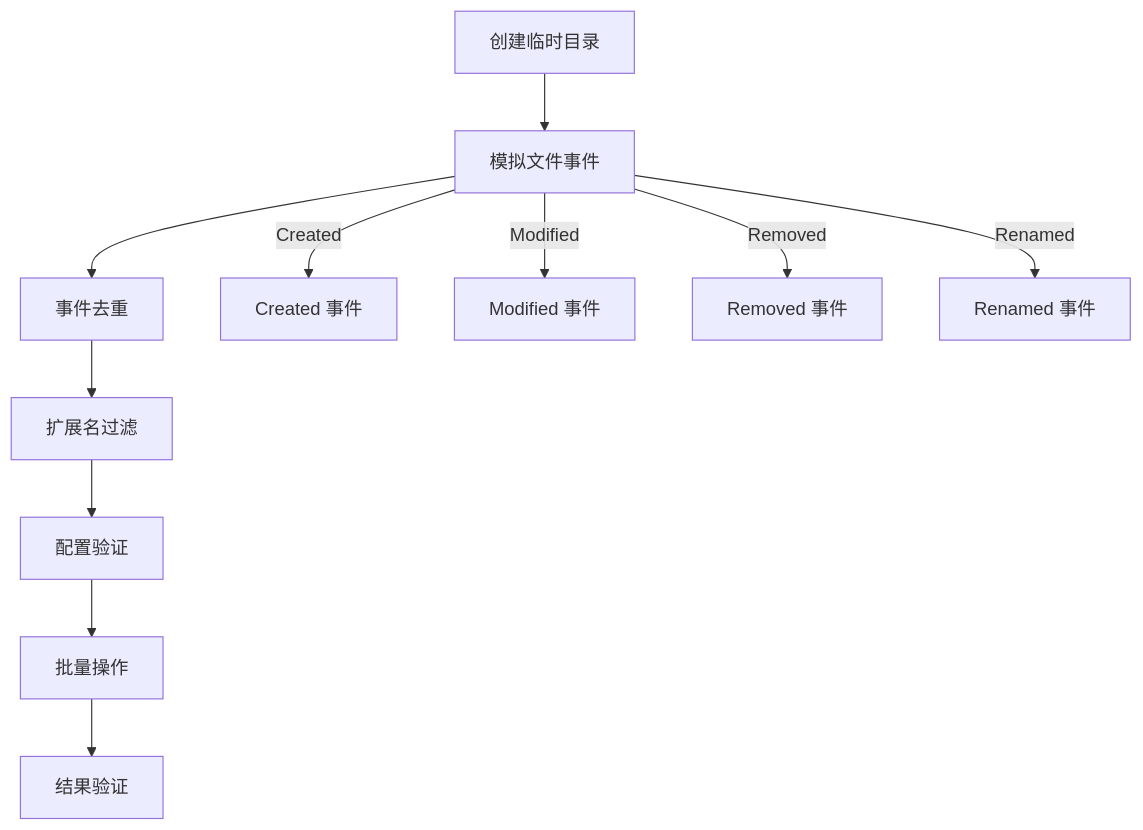
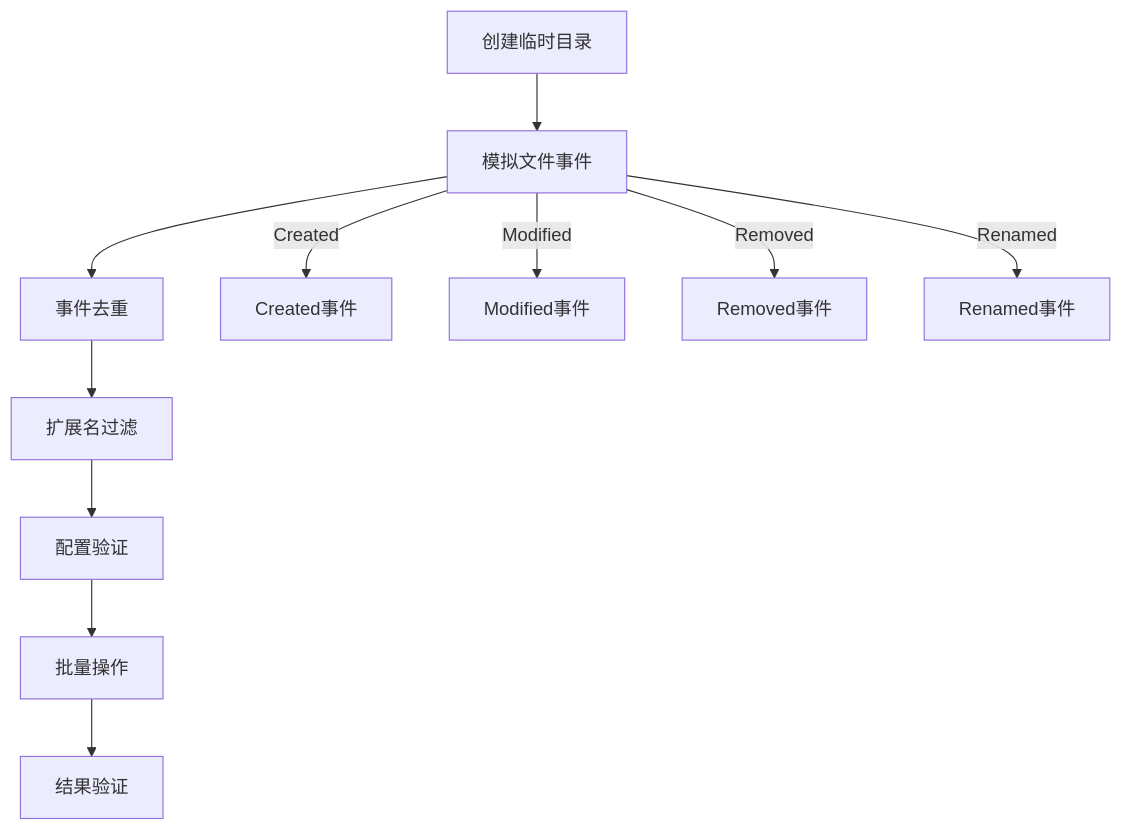
The seventh of 15 diagrams in .qoder/repowiki/zh/content/核心功能特性/工程化与商业化能力/测试框架与基础设施/测试框架与基础设施.md (itszzl-sudo/iris), drawn with Mermaid before and after one commit. The commit also changed other lines of this file and 4 other files, not shown here.

````diff
--- a/.qoder/repowiki/zh/content/核心功能特性/工程化与商业化能力/测试框架与基础设施/测试框架与基础设施.md
+++ b/.qoder/repowiki/zh/content/核心功能特性/工程化与商业化能力/测试框架与基础设施/测试框架与基础设施.md
@@ -236,13 +307,13 @@
 ```mermaid
 flowchart TD
 CREATE[创建临时目录] --> EVENTS[模拟文件事件]
 EVENTS --> DUPE[事件去重]
 DUPE --> FILTER[扩展名过滤]
 FILTER --> CONFIG[配置验证]
 CONFIG --> BATCH[批量操作]
 BATCH --> RESULT[结果验证]
-EVENTS --> |Created| CREATED[Created 事件]
-EVENTS --> |Modified| MODIFIED[Modified 事件]
-EVENTS --> |Removed| REMOVED[Removed 事件]
-EVENTS --> |Renamed| RENAMED[Renamed 事件]
+EVENTS --> |Created| CREATED[Created事件]
+EVENTS --> |Modified| MODIFIED[Modified事件]
+EVENTS --> |Removed| REMOVED[Removed事件]
+EVENTS --> |Renamed| RENAMED[Renamed事件]
 ```
````
